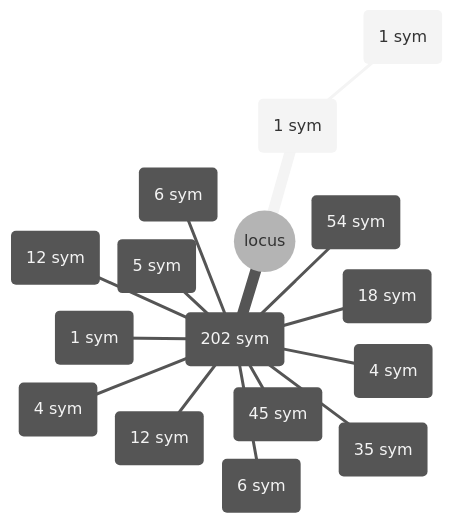
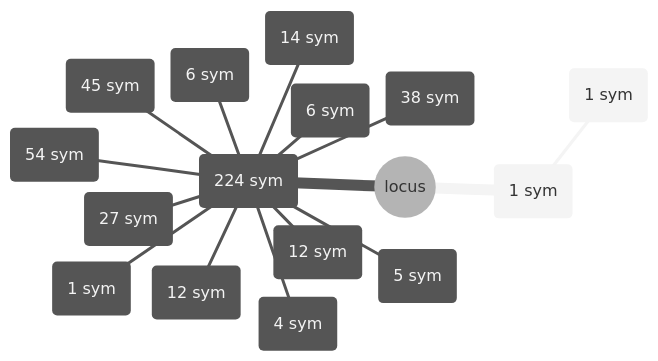
Before and after one commit to dpopsuev/locus: the fourth of 5 diagrams in README.md, drawn with Mermaid (neutral theme). The commit also changed other lines of this file, not shown here.

First line of the commit message:
docs(readme): dogfood themed diagrams and natural language workflow

````diff
--- a/README.md
+++ b/README.md
@@ -264,19 +250,19 @@
 ```mermaid
 mindmap
     root(("locus"))
         cmd (1 sym)
             cmd/locus (1 sym)
-        internal (202 sym)
-            internal/analysis (35 sym)
-            internal/arch (54 sym)
+        internal (224 sym)
+            ✘ internal/analysis (38 sym)
+            ✘ internal/arch (54 sym)
             internal/cache (5 sym)
             internal/cursor (4 sym)
-            internal/diagram (4 sym)
-            internal/history (12 sym)
+            internal/diagram (14 sym)
+            ⚠ internal/history (12 sym)
             internal/mcp (1 sym)
             internal/model (45 sym)
-            internal/protocol (18 sym)
+            internal/protocol (27 sym)
             internal/remote (6 sym)
             internal/survey (12 sym)
             internal/triage (6 sym)
 ```
````
